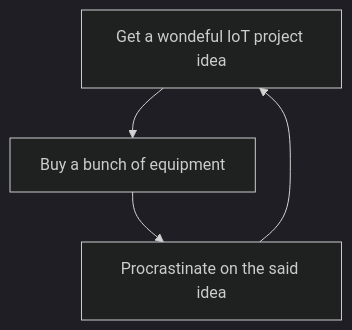
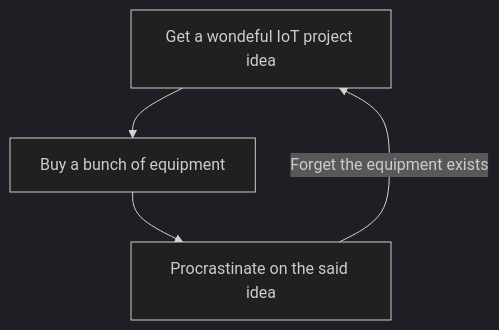
The diagram in README.md (tommikarkas/tommikarkas), drawn with Mermaid (dark theme) before and after one commit.

````diff
--- a/README.md
+++ b/README.md
@@ -9,8 +9,8 @@
 ```mermaid
 
   graph TD;
         A[Get a wondeful IoT project idea]-->B;
         B[Buy a bunch of equipment]-->D;
-        D[Procrastinate on the said idea]-->A;
+        D[Procrastinate on the said idea]-- Forget the equipment exists -->A;
 
 ```
````
